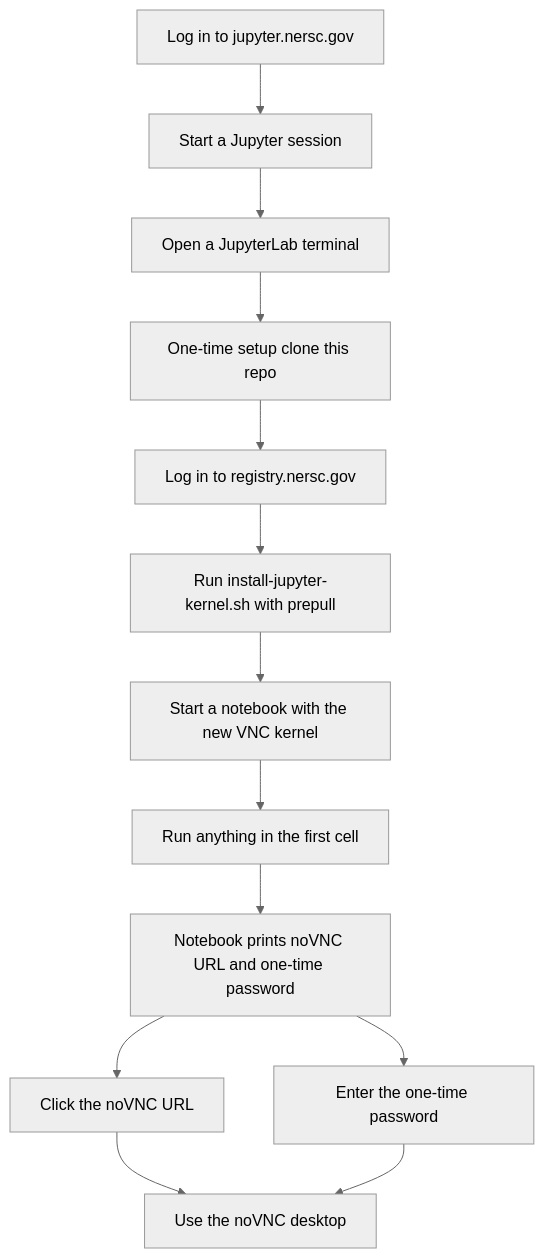
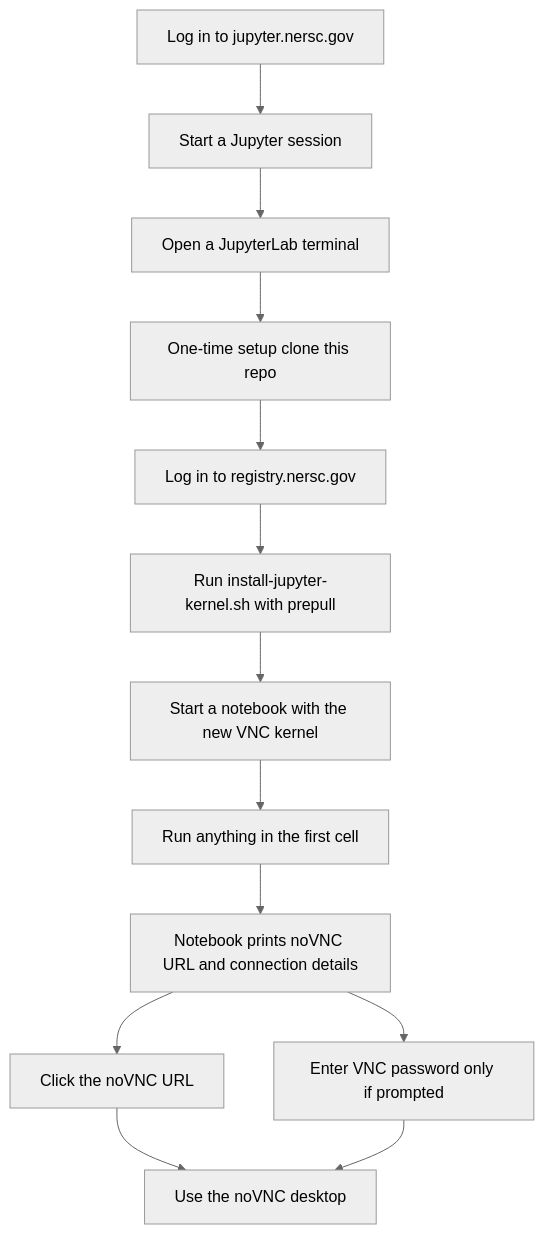
Before and after one commit to NERSC/perlmutter-desktop-containers: the first of 4 diagrams in README.md, drawn with Mermaid (neutral theme). The commit also changed other lines of this file and 1 other file, not shown here.

Commit message:
Add ParaView to openSUSE noVNC image

````diff
--- a/README.md
+++ b/README.md
@@ -98,28 +102,28 @@
 ```mermaid
 flowchart TD
     login[Log in to jupyter.nersc.gov]
     session[Start a Jupyter session]
     terminal[Open a JupyterLab terminal]
     clone[One-time setup clone this repo]
     registry[Log in to registry.nersc.gov]
     install[Run install-jupyter-kernel.sh with prepull]
     notebook[Start a notebook with the new VNC kernel]
     firstcell[Run anything in the first cell]
-    output[Notebook prints noVNC URL and one-time password]
+    output[Notebook prints noVNC URL and connection details]
     openurl[Click the noVNC URL]
-    password[Enter the one-time password]
+    password[Enter VNC password only if prompted]
     desktop[Use the noVNC desktop]
 
     login --> session
     session --> terminal
     terminal --> clone
     clone --> registry
     registry --> install
     install --> notebook
     notebook --> firstcell
     firstcell --> output
     output --> openurl
     output --> password
     openurl --> desktop
     password --> desktop
 ```
````
